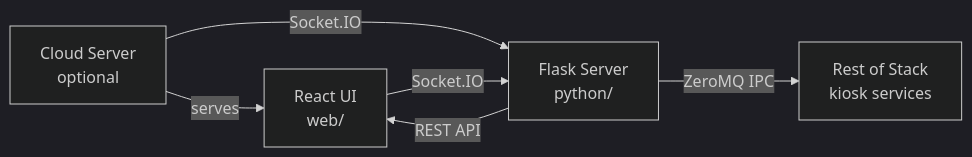
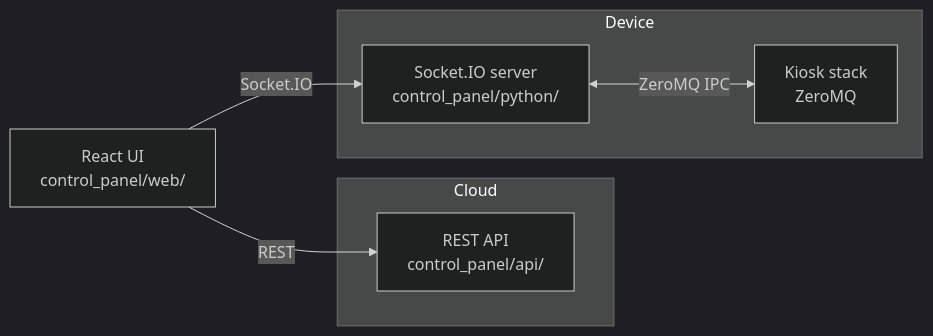
One commit to keyme/kiosk-control-panel changed the diagram in README.md. Above: the diagram before and after it, drawn with Mermaid (dark theme). The commit also changed other lines of this file, not shown here.

````diff
--- a/README.md
+++ b/README.md
@@ -7,8 +11,13 @@
 ```mermaid
 graph LR
-    A["React UI<br/>web/"] -->|Socket.IO| B["Flask Server<br/>python/"]
-    B -->|REST API| A
-    B -->|ZeroMQ IPC| C["Rest of Stack<br/>kiosk services"]
-    D["Cloud Server<br/>optional"] -->|Socket.IO| B
-    D -->|serves| A
+    subgraph Cloud
+        B["REST API<br/>control_panel/api/"]
+    end
+    subgraph Device
+        C["Socket.IO server<br/>control_panel/python/"]
+        D["Kiosk stack<br/>ZeroMQ"]
+    end
+    A["React UI<br/>control_panel/web/"] -->|REST| B
+    A -->|Socket.IO| C
+    C <-->|ZeroMQ IPC| D
 ```
````
